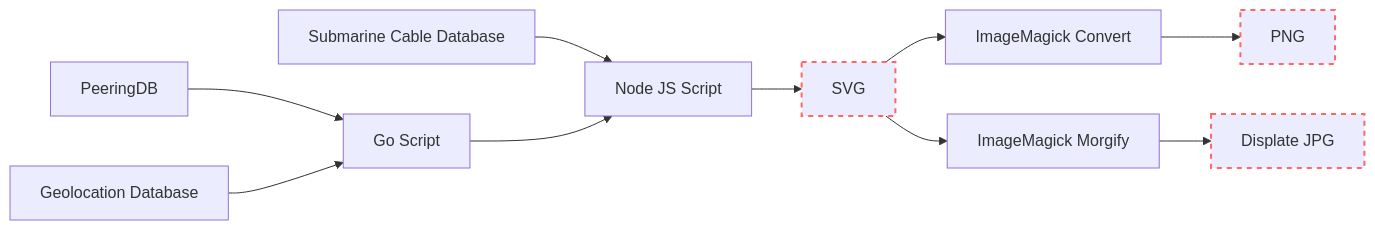
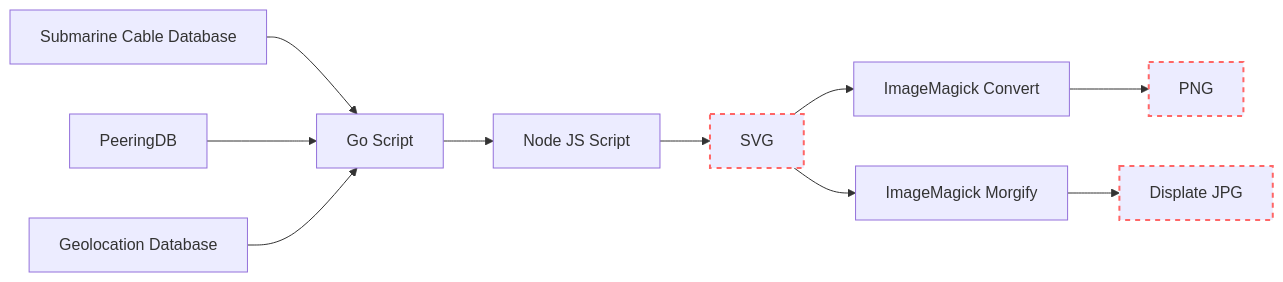
The diagram in content/posts/2023-08-01_internet-map-v2/index.md (sudorandom/kmcd.dev), drawn with Mermaid before and after one commit.

Commit message:
Update pipeline to match reality now

````diff
--- a/content/posts/2023-08-01_internet-map-v2/index.md
+++ b/content/posts/2023-08-01_internet-map-v2/index.md
@@ -112,13 +112,13 @@
 ```mermaid
 graph LR
-    submarinecables[Submarine Cable Database] --> node[Node JS Script]
+    submarinecables[Submarine Cable Database] --> golang[Go Script]
     peeringdb[PeeringDB] --> golang[Go Script]
     geocities[Geolocation Database] --> golang[Go Script]
     golang[Go Script] --> node[Node JS Script]
     node[Node JS Script] --> svg[SVG]
     svg[SVG] --> convert[ImageMagick Convert] --> png[PNG]
     svg[SVG] --> morgify[ImageMagick Morgify] --> jpg[Displate JPG]
     style svg stroke:#f66,stroke-width:2px,stroke-dasharray: 5, 5;
     style jpg stroke:#f66,stroke-width:2px,stroke-dasharray: 5, 5;
     style png stroke:#f66,stroke-width:2px,stroke-dasharray: 5, 5;
 ```
````
